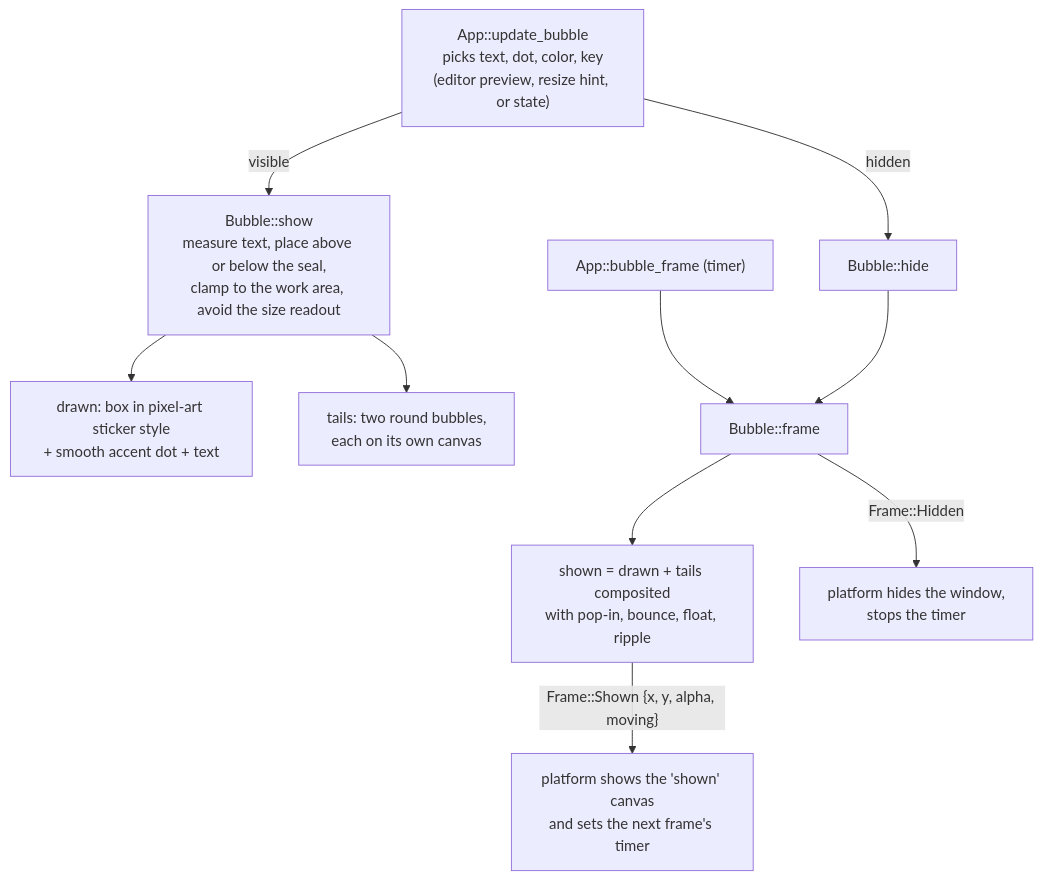
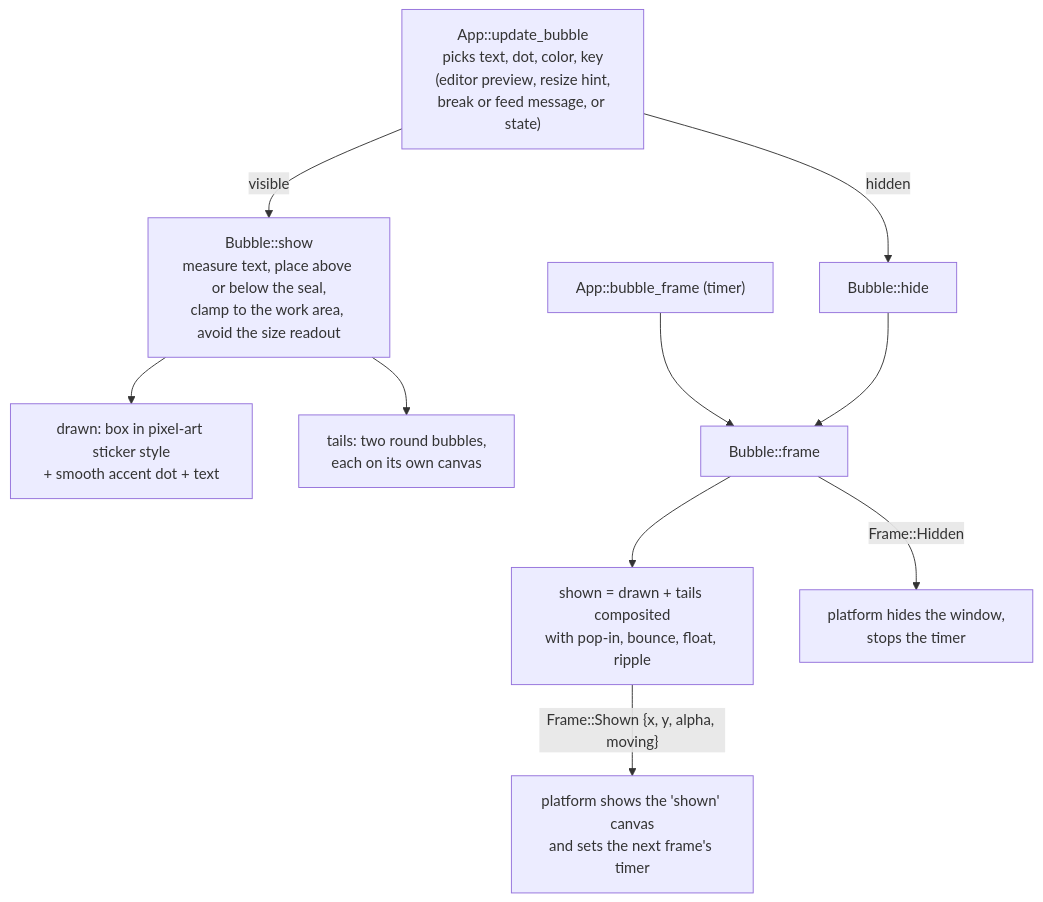
One commit to thanachaiakt/ai-mascot-hook changed the sixth of 7 diagrams in docs/en/architecture.md. Above: the diagram before and after it, drawn with Mermaid. The commit also changed other lines of this file and 44 other files, not shown here.

````diff
--- a/docs/en/architecture.md
+++ b/docs/en/architecture.md
@@ -181,13 +189,13 @@
 ```mermaid
 flowchart TD
-    app["App::update_bubble<br/>picks text, dot, color, key<br/>(editor preview, resize hint, or state)"]
+    app["App::update_bubble<br/>picks text, dot, color, key<br/>(editor preview, resize hint,<br/>break or feed message, or state)"]
     app -- "visible" --> show["Bubble::show<br/>measure text, place above or below the seal,<br/>clamp to the work area, avoid the size readout"]
     app -- "hidden" --> hidebox["Bubble::hide"]
     show --> drawn["drawn: box in pixel-art sticker style<br/>+ smooth accent dot + text"]
     show --> tails["tails: two round bubbles,<br/>each on its own canvas"]
     frame["App::bubble_frame (timer)"] --> bfr["Bubble::frame"]
     hidebox --> bfr
     bfr --> comp["shown = drawn + tails composited<br/>with pop-in, bounce, float, ripple"]
     comp -- "Frame::Shown {x, y, alpha, moving}" --> present["platform shows the 'shown' canvas<br/>and sets the next frame's timer"]
     bfr -- "Frame::Hidden" --> off["platform hides the window,<br/>stops the timer"]
 ```
````
